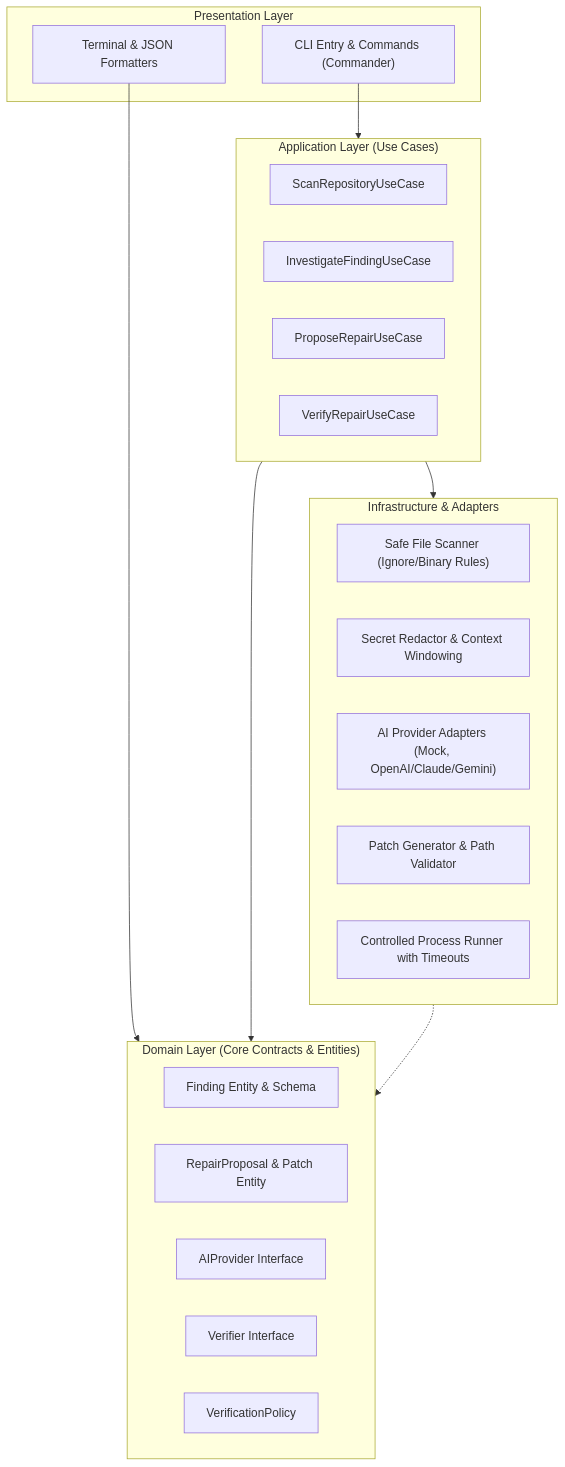
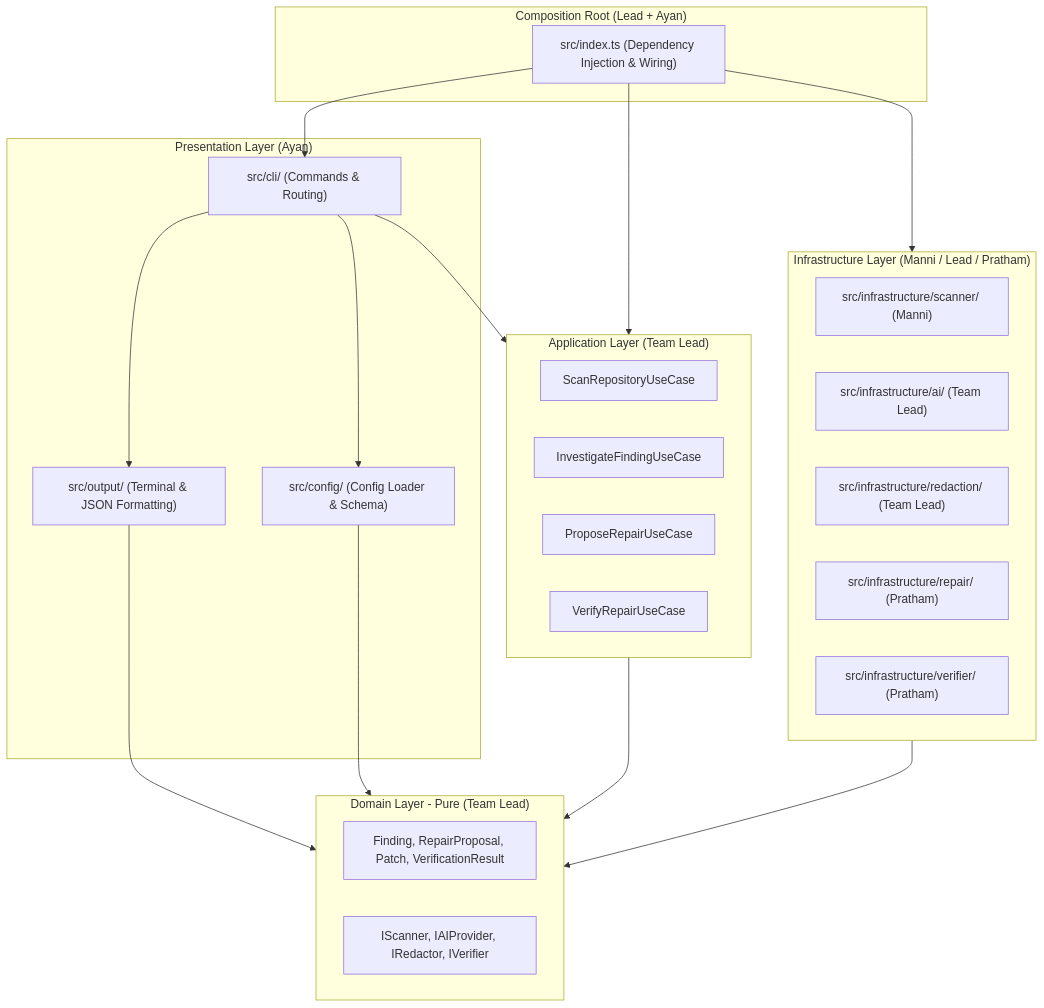
The diagram in docs/ARCHITECTURE.md (Pratham707-S/codevanta), drawn with Mermaid before and after one commit. The commit also changed other lines of this file and 1 other file, not shown here.

Commit message:
docs: update team tasks, skills matrix, and architecture boundaries

````diff
--- a/docs/ARCHITECTURE.md
+++ b/docs/ARCHITECTURE.md
@@ -9,36 +9,43 @@
 ```mermaid
 flowchart TD
-    subgraph Presentation ["Presentation Layer"]
-        CLI["CLI Entry & Commands (Commander)"]
-        Output["Terminal & JSON Formatters"]
+    subgraph Presentation ["Presentation Layer (Ayan)"]
+        CLI["src/cli/ (Commands & Routing)"]
+        Output["src/output/ (Terminal & JSON Formatting)"]
+        Config["src/config/ (Config Loader & Schema)"]
     end
 
-    subgraph Application ["Application Layer (Use Cases)"]
+    subgraph CompositionRoot ["Composition Root (Lead + Ayan)"]
+        Root["src/index.ts (Dependency Injection & Wiring)"]
+    end
+
+    subgraph Application ["Application Layer (Team Lead)"]
         ScanUC["ScanRepositoryUseCase"]
         InvestigateUC["InvestigateFindingUseCase"]
         ProposeRepairUC["ProposeRepairUseCase"]
         VerifyRepairUC["VerifyRepairUseCase"]
     end
 
-    subgraph Domain ["Domain Layer (Core Contracts & Entities)"]
-        Finding["Finding Entity & Schema"]
-        Repair["RepairProposal & Patch Entity"]
-        AIContract["AIProvider Interface"]
-        VerifierContract["Verifier Interface"]
-        Policy["VerificationPolicy"]
+    subgraph Domain ["Domain Layer - Pure (Team Lead)"]
+        Entities["Finding, RepairProposal, Patch, VerificationResult"]
+        Contracts["IScanner, IAIProvider, IRedactor, IVerifier"]
     end
 
-    subgraph Infrastructure ["Infrastructure & Adapters"]
-        Scanner["Safe File Scanner (Ignore/Binary Rules)"]
-        Redactor["Secret Redactor & Context Windowing"]
-        AIAdapters["AI Provider Adapters (Mock, OpenAI/Claude/Gemini)"]
-        PatchEngine["Patch Generator & Path Validator"]
-        VerifierRunner["Controlled Process Runner with Timeouts"]
+    subgraph Infrastructure ["Infrastructure Layer (Manni / Lead / Pratham)"]
+        Scanner["src/infrastructure/scanner/ (Manni)"]
+        AI["src/infrastructure/ai/ (Team Lead)"]
+        Redactor["src/infrastructure/redaction/ (Team Lead)"]
+        Repair["src/infrastructure/repair/ (Pratham)"]
+        Verifier["src/infrastructure/verifier/ (Pratham)"]
     end
 
+    Root --> CLI
+    Root --> Application
+    Root --> Infrastructure
     CLI --> Application
+    CLI --> Output
+    CLI --> Config
+    Application --> Domain
+    Infrastructure --> Domain
     Output --> Domain
-    Application --> Domain
-    Application --> Infrastructure
-    Infrastructure -.-> Domain
+    Config --> Domain
 ```
````
